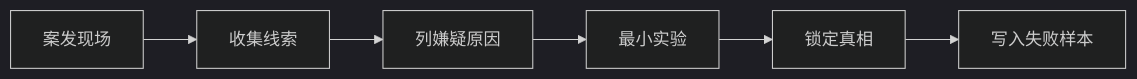
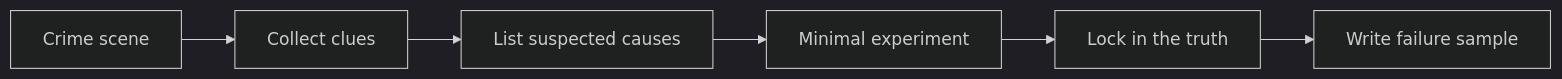
Before and after one commit to oudbiao/AI-fullstack-course: the diagram in docs/intro/debug-detective-missions.md, drawn with Mermaid (dark theme). The commit also changed other lines of this file and 1406 other files, not shown here.

````diff
--- a/docs/intro/debug-detective-missions.md
+++ b/docs/intro/debug-detective-missions.md
@@ -32,8 +32,8 @@
 ```mermaid
 flowchart LR
-  A[案发现场] --> B[收集线索]
-  B --> C[列嫌疑原因]
-  C --> D[最小实验]
-  D --> E[锁定真相]
-  E --> F[写入失败样本]
+  A[Crime scene] --> B[Collect clues]
+  B --> C[List suspected causes]
+  C --> D[Minimal experiment]
+  D --> E[Lock in the truth]
+  E --> F[Write failure sample]
 ```
````
